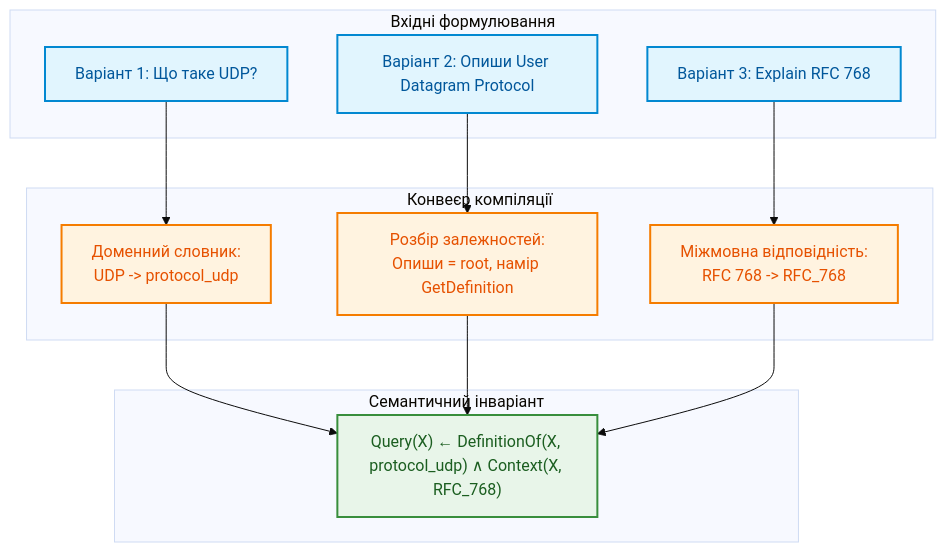
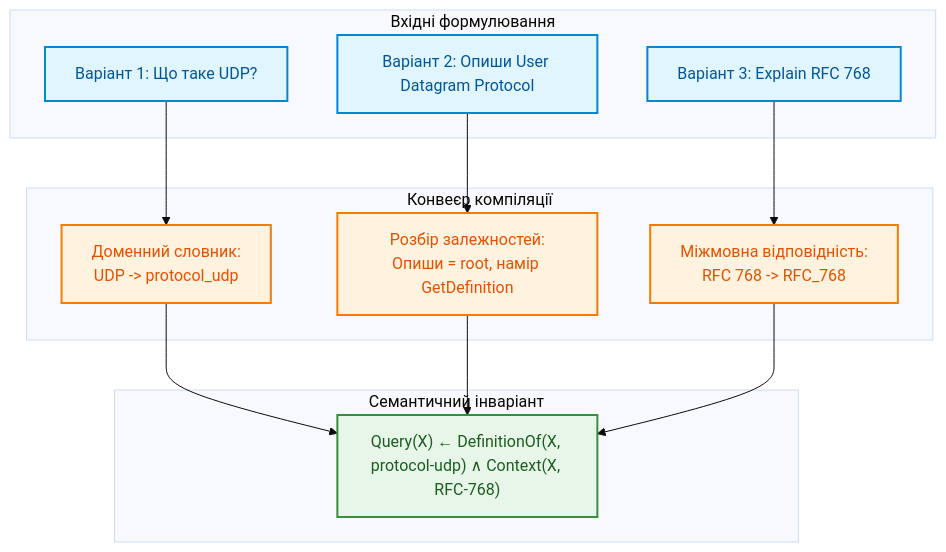
One commit to nick-fedchik/articles changed the seventh of 8 diagrams in ExpertSystem/ch13-language-variability-vs-determinism.md. Above: the diagram before and after it, drawn with Mermaid (base theme). The commit also changed other lines of this file, not shown here.

````diff
--- a/ExpertSystem/ch13-language-variability-vs-determinism.md
+++ b/ExpertSystem/ch13-language-variability-vs-determinism.md
@@ -514,36 +530,36 @@
 ```mermaid
 flowchart TD
     accTitle: Зведення групи синтаксичних еквівалентностей до єдиного предиката
     accDescr: Схема трансляції трьох різних запитів в один канонічний предикат логічного виведення.
 
     subgraph FORMS ["Вхідні формулювання"]
         V1["Варіант 1: Що таке UDP?"]
         V2["Варіант 2: Опиши User Datagram Protocol"]
         V3["Варіант 3: Explain RFC 768"]
     end
 
     subgraph PIPE ["Конвеєр компіляції"]
         P1["Доменний словник:<br/>UDP -> protocol_udp"]
         P2["Розбір залежностей:<br/>Опиши = root, намір GetDefinition"]
         P3["Міжмовна відповідність:<br/>RFC 768 -> RFC_768"]
     end
 
     subgraph INV ["Семантичний інваріант"]
-        PRED["Query(X) ← DefinitionOf(X, protocol_udp) ∧ Context(X, RFC_768)"]
+        PRED["Query(X) ← DefinitionOf(X, protocol-udp) ∧ Context(X, RFC-768)"]
     end
 
     V1 --> P1
     V2 --> P2
     V3 --> P3
     P1 --> PRED
     P2 --> PRED
     P3 --> PRED
 
     classDef inp fill:#e1f5fe,stroke:#0288d1,stroke-width:2px,color:#01579b;
     classDef pipe fill:#fff3e0,stroke:#f57c00,stroke-width:2px,color:#e65100;
     classDef target fill:#e8f5e9,stroke:#388e3c,stroke-width:2px,color:#1b5e20;
 
     class V1,V2,V3 inp;
     class P1,P2,P3 pipe;
     class PRED target;
 ```
````
